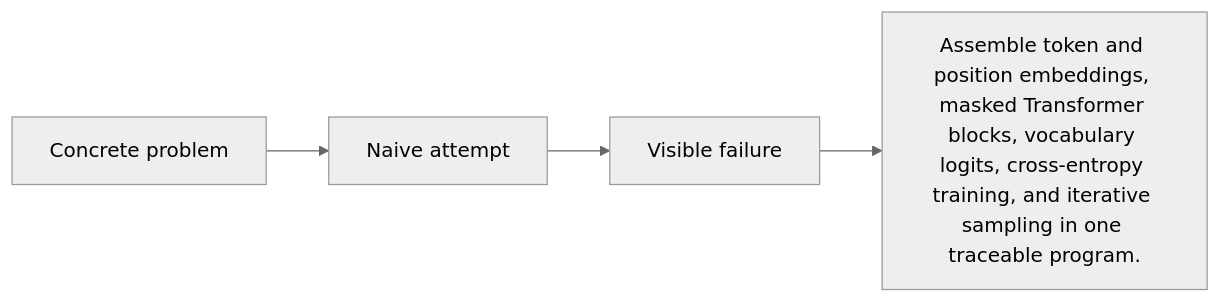
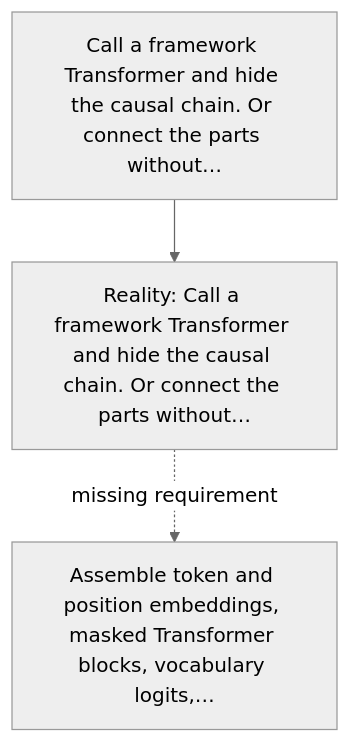
Before and after one commit to kleem-labs/AI-Archaeology: the diagram in excavations/045-tiny-gpt/diagram.md, drawn with Mermaid (neutral theme). The commit also changed other lines of this file and 288 other files, not shown here.

````diff
--- a/excavations/045-tiny-gpt/diagram.md
+++ b/excavations/045-tiny-gpt/diagram.md
@@ -3,4 +5,5 @@
-~~~mermaid
-flowchart LR
- A[Concrete problem] --> B[Naive attempt] --> C[Visible failure] --> D["Assemble token and position embeddings, masked Transformer blocks, vocabulary logits, cross-entropy training, and iterative sampling in one traceable program."]
-~~~
+```mermaid
+flowchart TD
+    A["Call a framework Transformer and hide the causal chain. Or connect the parts without…"] --> B["Reality: Call a framework Transformer and hide the causal chain. Or connect the parts without…"]
+    B -. "missing requirement" .-> C["Assemble token and position embeddings, masked Transformer blocks, vocabulary logits,…"]
+```
````
